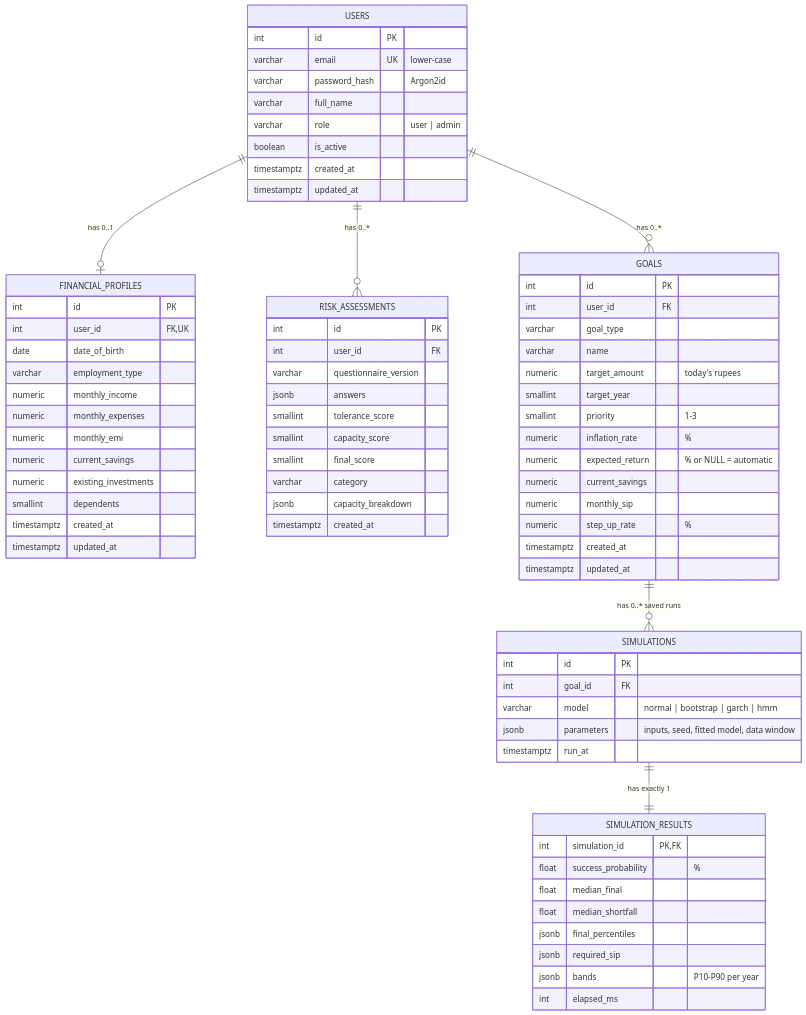
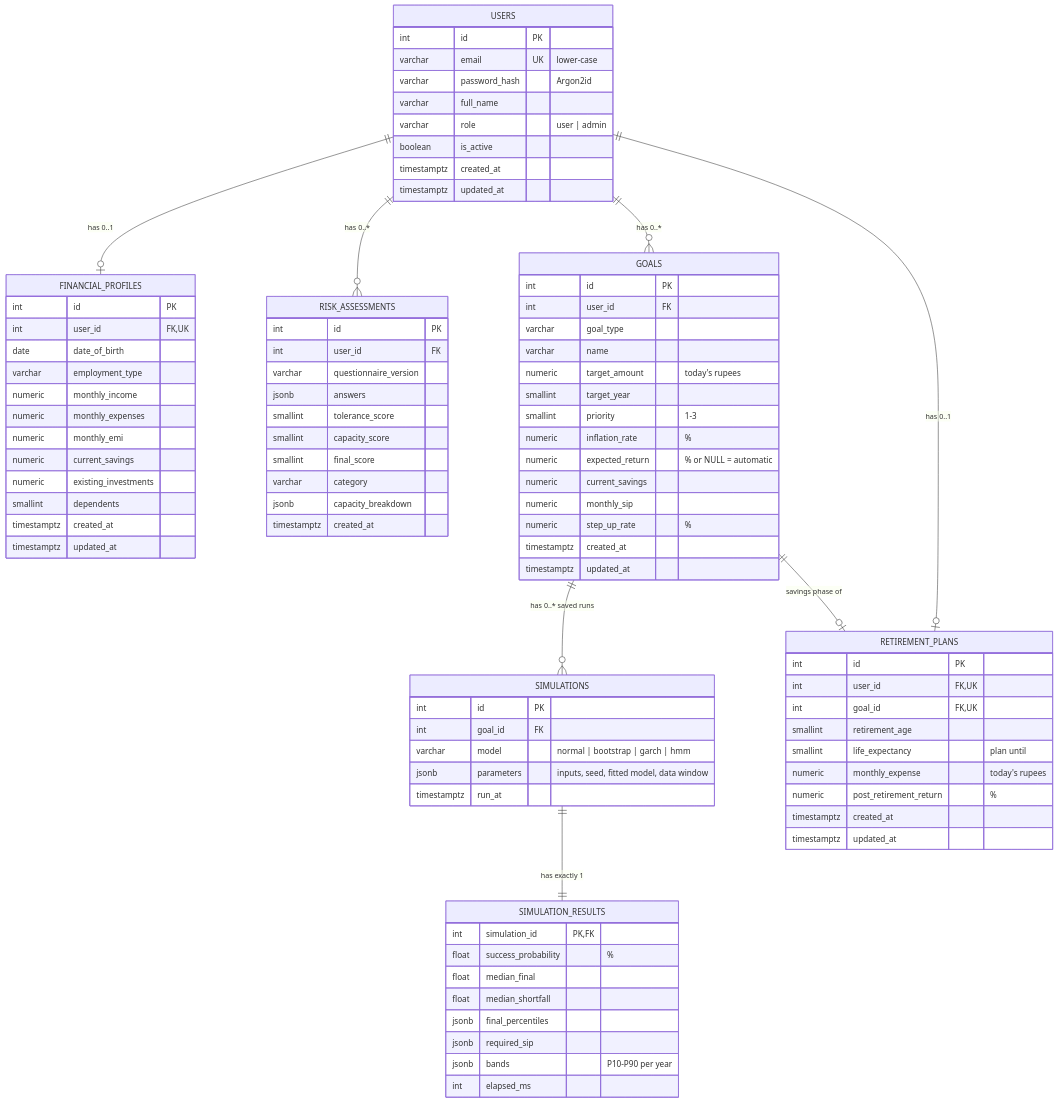
Before and after one commit to Mugundh98/goal_based_calculator: the first of 2 diagrams in docs/database.md, drawn with Mermaid. The commit also changed other lines of this file and 11 other files, not shown here.

```diff
--- a/docs/database.md
+++ b/docs/database.md
@@ -13,6 +13,8 @@
     USERS ||--o{ GOALS : "has 0..*"
     GOALS ||--o{ SIMULATIONS : "has 0..* saved runs"
     SIMULATIONS ||--|| SIMULATION_RESULTS : "has exactly 1"
+    USERS ||--o| RETIREMENT_PLANS : "has 0..1"
+    GOALS ||--o| RETIREMENT_PLANS : "savings phase of"
     USERS {
         int id PK
         varchar email UK "lower-case"
@@ -65,6 +67,17 @@
         timestamptz created_at
         timestamptz updated_at
     }
+    RETIREMENT_PLANS {
+        int id PK
+        int user_id FK,UK
+        int goal_id FK,UK
+        smallint retirement_age
+        smallint life_expectancy "plan until"
+        numeric monthly_expense "today's rupees"
+        numeric post_retirement_return "%"
+        timestamptz created_at
+        timestamptz updated_at
+    }
     SIMULATIONS {
         int id PK
         int goal_id FK
```
